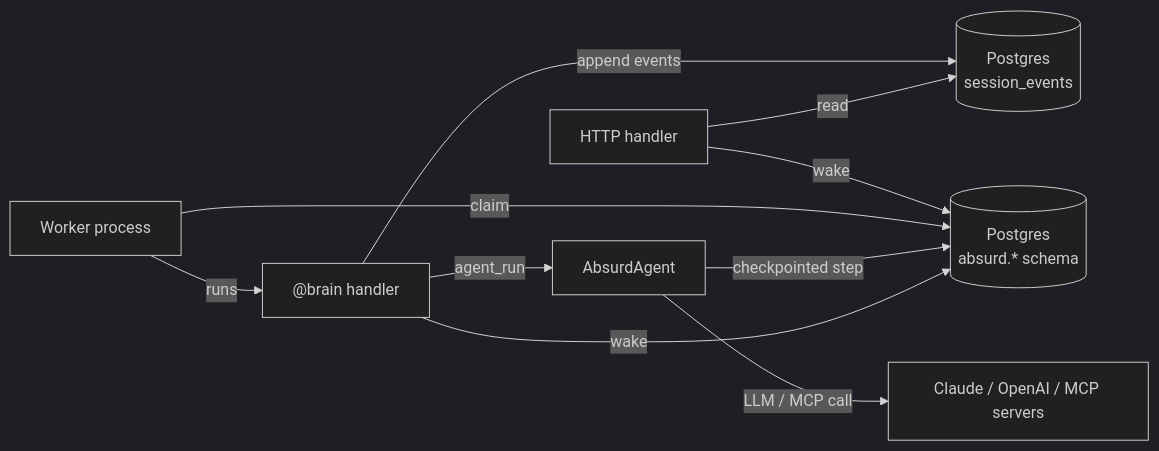
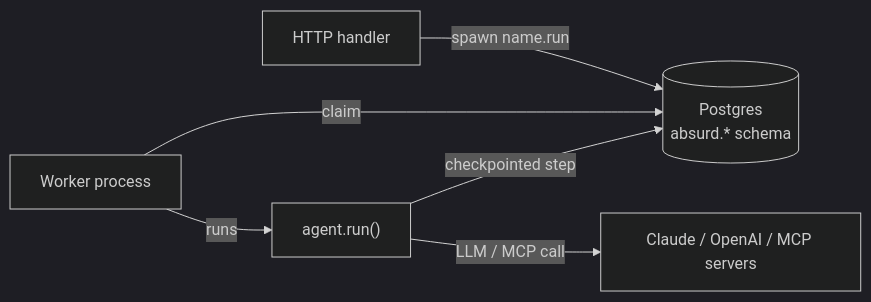
Before and after one commit to Kludex/pydantic-ai-absurd: the diagram in README.md, drawn with Mermaid (dark theme). The commit also changed other lines of this file and 37 other files, not shown here.

First line of the commit message:
Drop agent-sessions; make the durable run a first-class workflow

````diff
--- a/README.md
+++ b/README.md
@@ -7,12 +9,8 @@
 ```mermaid
 flowchart LR
-    HTTP[HTTP handler] -->|wake| Absurd[(Postgres<br/>absurd.* schema)]
+    HTTP[HTTP handler] -->|spawn name.run| Absurd[(Postgres<br/>absurd.* schema)]
     Worker[Worker process] -->|claim| Absurd
-    Worker -->|runs| Brain["@brain handler"]
-    Brain -->|agent_run| Agent[AbsurdAgent]
-    Agent -->|checkpointed step| Absurd
-    Agent -->|LLM / MCP call| LLM[Claude / OpenAI / MCP servers]
-    Brain -->|append events| Session[(Postgres<br/>session_events)]
-    Brain -->|wake| Absurd
-    HTTP -->|read| Session
+    Worker -->|runs| Run["agent.run()"]
+    Run -->|checkpointed step| Absurd
+    Run -->|LLM / MCP call| LLM[Claude / OpenAI / MCP servers]
 ```
````
